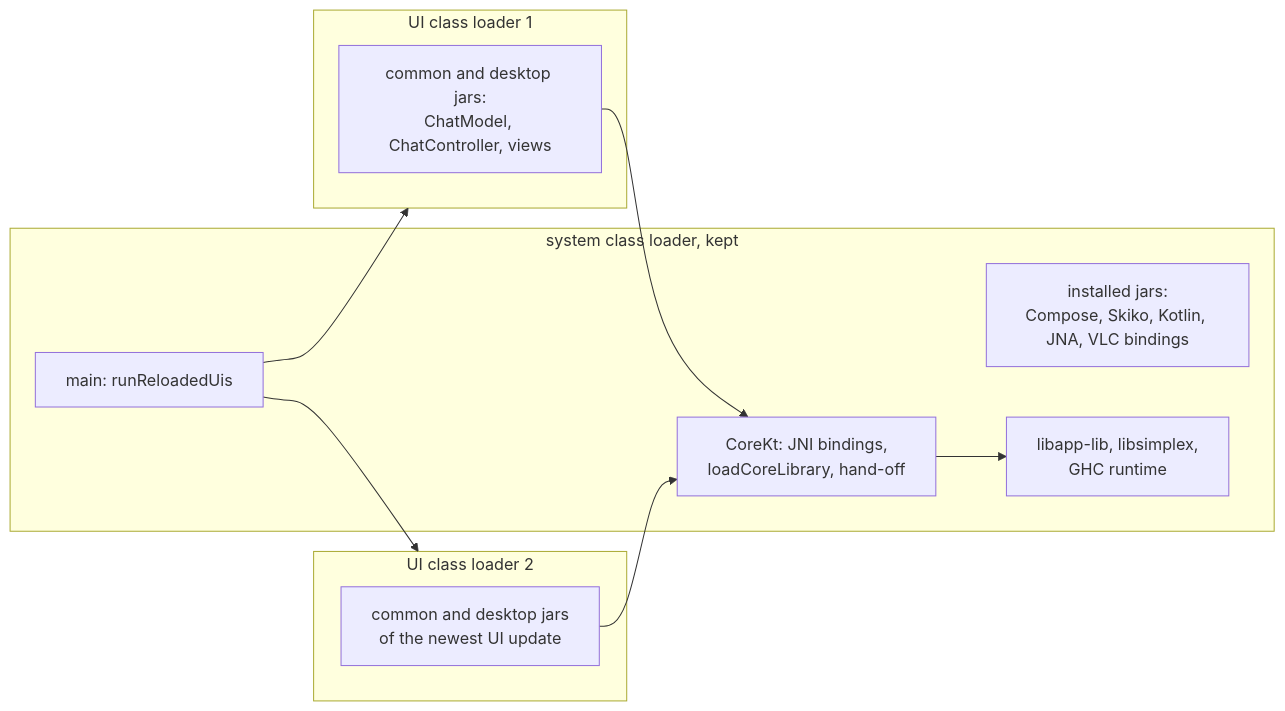
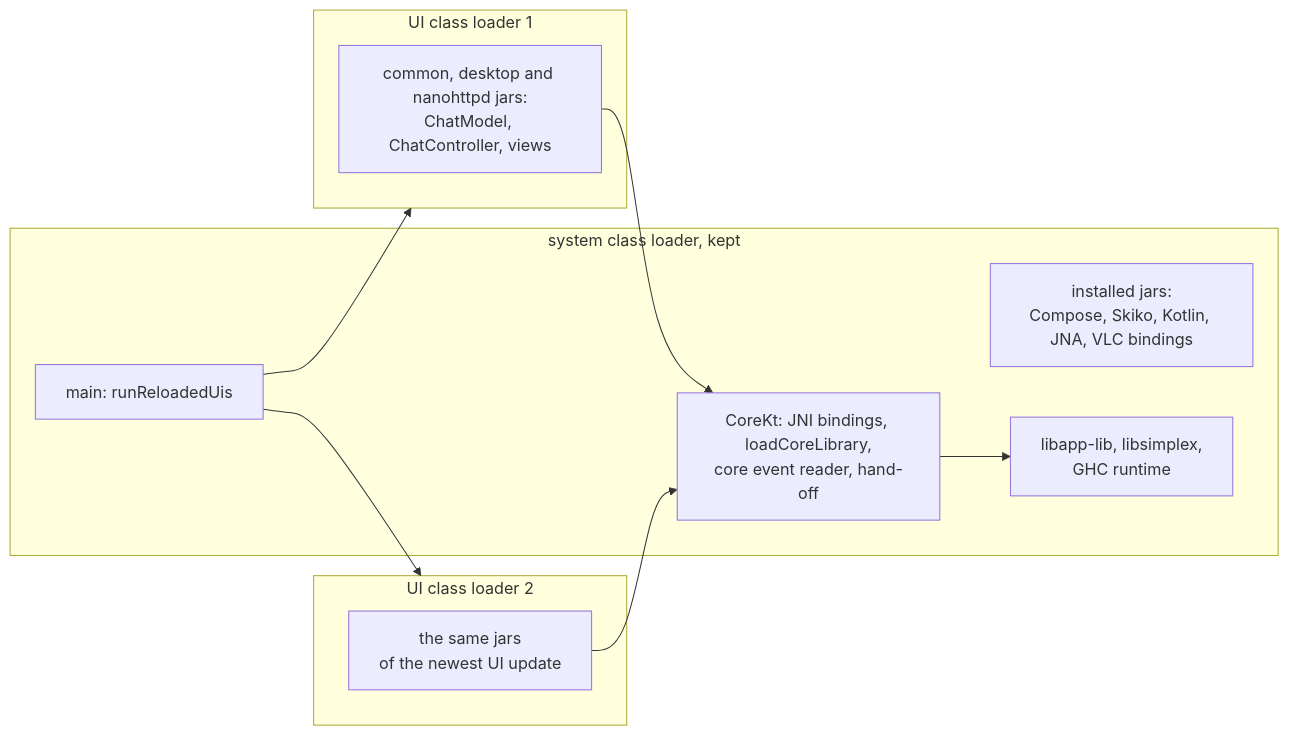
One commit to simplex-chat/simplex-chat changed the first of 3 diagrams in plans/2026-11-17-desktop-ui-reload.md. Above: the diagram before and after it, drawn with Mermaid. The commit also changed other lines of this file and 9 other files, not shown here.

First line of the commit message:
desktop: one core event reader, the single-instance lock kept across reloads

````diff
--- a/plans/2026-11-17-desktop-ui-reload.md
+++ b/plans/2026-11-17-desktop-ui-reload.md
@@ -20,20 +20,20 @@
 ```mermaid
 flowchart LR
   subgraph Fixed[system class loader, kept]
     J[installed jars:<br>Compose, Skiko, Kotlin, JNA, VLC bindings]
-    K[CoreKt: JNI bindings,<br>loadCoreLibrary, hand-off]
+    K[CoreKt: JNI bindings, loadCoreLibrary,<br>core event reader, hand-off]
     N[libapp-lib, libsimplex,<br>GHC runtime]
     L[main: runReloadedUis]
   end
   subgraph UI1[UI class loader 1]
-    U1[common and desktop jars:<br>ChatModel, ChatController, views]
+    U1[common, desktop and nanohttpd jars:<br>ChatModel, ChatController, views]
   end
   subgraph UI2[UI class loader 2]
-    U2[common and desktop jars<br>of the newest UI update]
+    U2[the same jars<br>of the newest UI update]
   end
   U1 --> K
   U2 --> K
   K --> N
   L --> UI1
   L --> UI2
 ```
````
